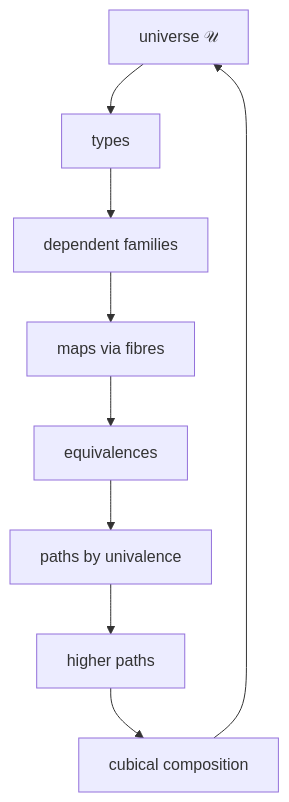
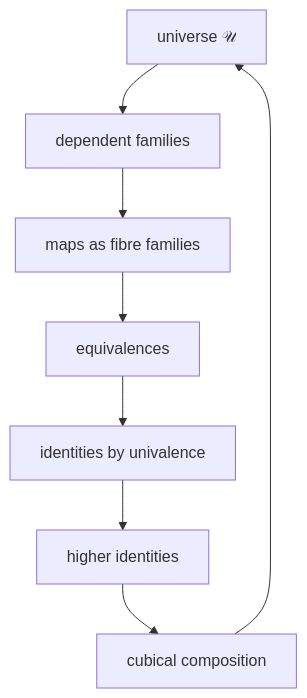
The fourth of 6 diagrams in collab/bend2-cubical/BEND_HVM_COMPUTATIONAL_UNIVALENCE.md (avikj/metacircular-interaction-prototype), drawn with Mermaid before and after one commit. The commit also changed other lines of this file, not shown here.

Commit message:
Finalize computational univalence report

````diff
--- a/collab/bend2-cubical/BEND_HVM_COMPUTATIONAL_UNIVALENCE.md
+++ b/collab/bend2-cubical/BEND_HVM_COMPUTATIONAL_UNIVALENCE.md
@@ -272,11 +256,10 @@
 ```mermaid
 flowchart TD
-  U["universe 𝒰"] --> T["types"]
-  T --> F["dependent families"]
-  F --> M["maps via fibres"]
+  U["universe 𝒰"] --> F["dependent families"]
+  F --> M["maps as fibre families"]
   M --> E["equivalences"]
-  E --> P["paths by univalence"]
-  P --> H["higher paths"]
+  E --> P["identities by univalence"]
+  P --> H["higher identities"]
   H --> C["cubical composition"]
   C --> U
 ```
````
